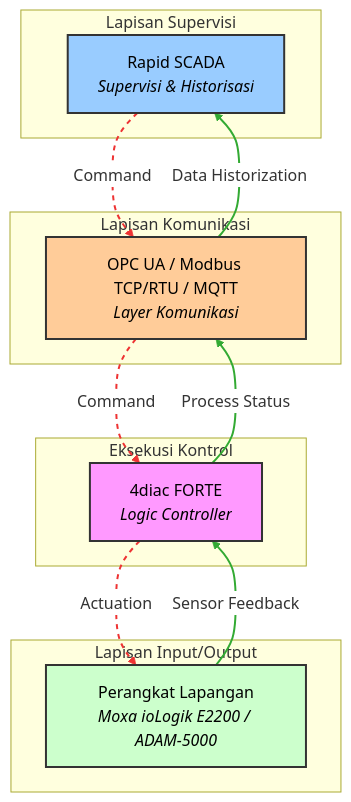
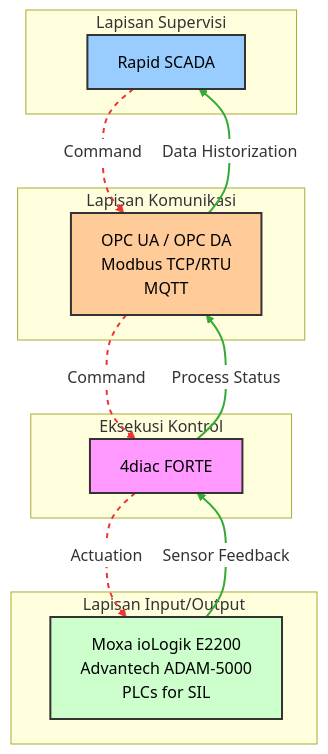
One commit to kumajaya/automation-blog changed the diagram in docs/_posts/2025-10-19-open-dcs-framework-integrasi-4diac-forte-dan-rapid-scada.md. Above: the diagram before and after it, drawn with Mermaid. The commit also changed other lines of this file and 1 other file, not shown here.

```diff
--- a/docs/_posts/2025-10-19-open-dcs-framework-integrasi-4diac-forte-dan-rapid-scada.md
+++ b/docs/_posts/2025-10-19-open-dcs-framework-integrasi-4diac-forte-dan-rapid-scada.md
@@ -115,36 +115,36 @@
   <div class="mermaid" style="max-width:480px;">
     %%{init: {'themeVariables': { 'fontSize': '16px', 'primaryColor': '#e8f0fe', 'edgeLabelBackground':'#ffffff'}}}%%
     flowchart TB
         %% Inisialisasi tema (sama seperti asli)
         subgraph Supervisi ["Lapisan Supervisi"]
-            SCADA[Rapid SCADA<br><i>Supervisi &amp; Historisasi</i>]:::scada
+            SCADA[Rapid SCADA]:::scada
         end
         subgraph Komunikasi ["Lapisan Komunikasi"]
-            OPCUA[OPC UA / Modbus TCP/RTU / MQTT<br><i>Layer Komunikasi</i>]:::comm
+            OPCUA[OPC UA / OPC DA<br>Modbus TCP/RTU<br>MQTT]:::comm
         end
         subgraph Kontrol ["Eksekusi Kontrol"]
-            FORTE[4diac FORTE<br><i>Logic Controller</i>]:::forte
+            FORTE[4diac FORTE]:::forte
         end
         subgraph Lapangan ["Lapisan Input/Output"]
-            IO[Perangkat Lapangan<br><i>Moxa ioLogik E2200 / ADAM-5000</i>]:::io
+            IO[Moxa ioLogik E2200<br>Advantech ADAM-5000<br>PLCs for SIL]:::io
         end
         %% Command Flow (dashed merah)
         SCADA -.-&gt;|Command| OPCUA
         OPCUA -.-&gt;|Command| FORTE
         FORTE -.-&gt;|Actuation| IO
         %% Data Flow (solid hijau)
         IO --&gt;|Sensor Feedback| FORTE
         FORTE --&gt;|Process Status| OPCUA
         OPCUA --&gt;|Data Historization| SCADA
         %% Styling (sama seperti asli)
         classDef forte fill:#f9f,stroke:#333,stroke-width:2px,color:#000;
         classDef scada fill:#9cf,stroke:#333,stroke-width:2px,color:#000;
         classDef comm fill:#fc9,stroke:#333,stroke-width:2px,color:#000;
         classDef io fill:#cfc,stroke:#333,stroke-width:2px,color:#000;
         linkStyle 0 stroke:#e33,stroke-width:2px,stroke-dasharray: 5 5
         linkStyle 1 stroke:#e33,stroke-width:2px,stroke-dasharray: 5 5
         linkStyle 2 stroke:#e33,stroke-width:2px,stroke-dasharray: 5 5
         linkStyle 3 stroke:#3a3,stroke-width:2px
         linkStyle 4 stroke:#3a3,stroke-width:2px
         linkStyle 5 stroke:#3a3,stroke-width:2px
   </div>
```
